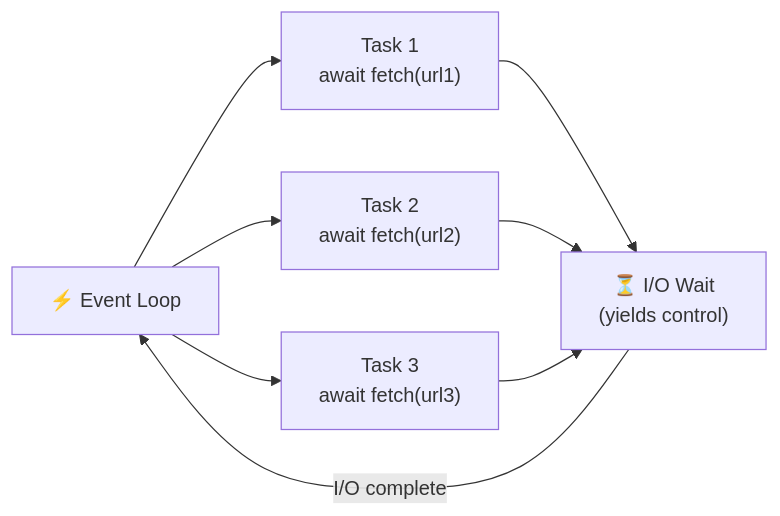
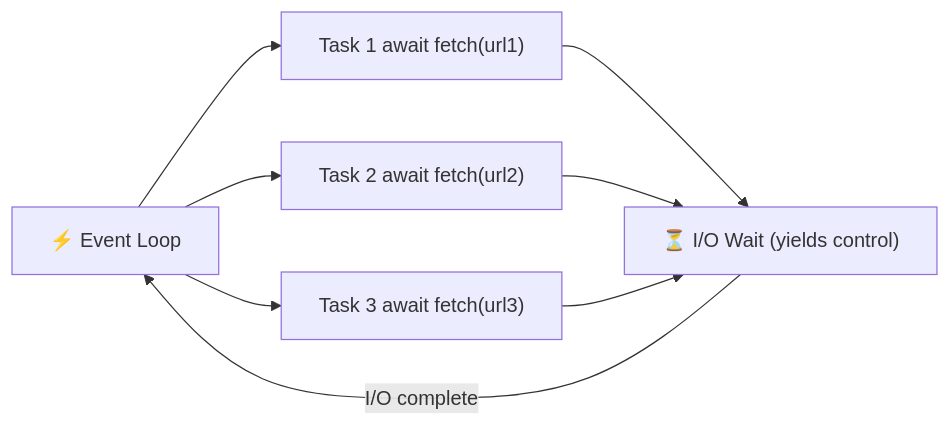
Before and after one commit to naveenkumar1661997/notes: the second of 2 diagrams in python.md, drawn with Mermaid. The commit also changed other lines of this file and 12 other files, not shown here.

```diff
--- a/python.md
+++ b/python.md
@@ -220,11 +220,11 @@
 <pre class="mermaid">
 flowchart LR
     EL["⚡ Event Loop"]
-    EL --> T1["Task 1\nawait fetch(url1)"]
-    EL --> T2["Task 2\nawait fetch(url2)"]
-    EL --> T3["Task 3\nawait fetch(url3)"]
-    T1 --> WAIT["⏳ I/O Wait\n(yields control)"]
+    EL --> T1["Task 1 await fetch(url1)"]
+    EL --> T2["Task 2 await fetch(url2)"]
+    EL --> T3["Task 3 await fetch(url3)"]
+    T1 --> WAIT["⏳ I/O Wait (yields control)"]
     T2 --> WAIT
     T3 --> WAIT
     WAIT -->|I/O complete| EL
 </pre>
```
